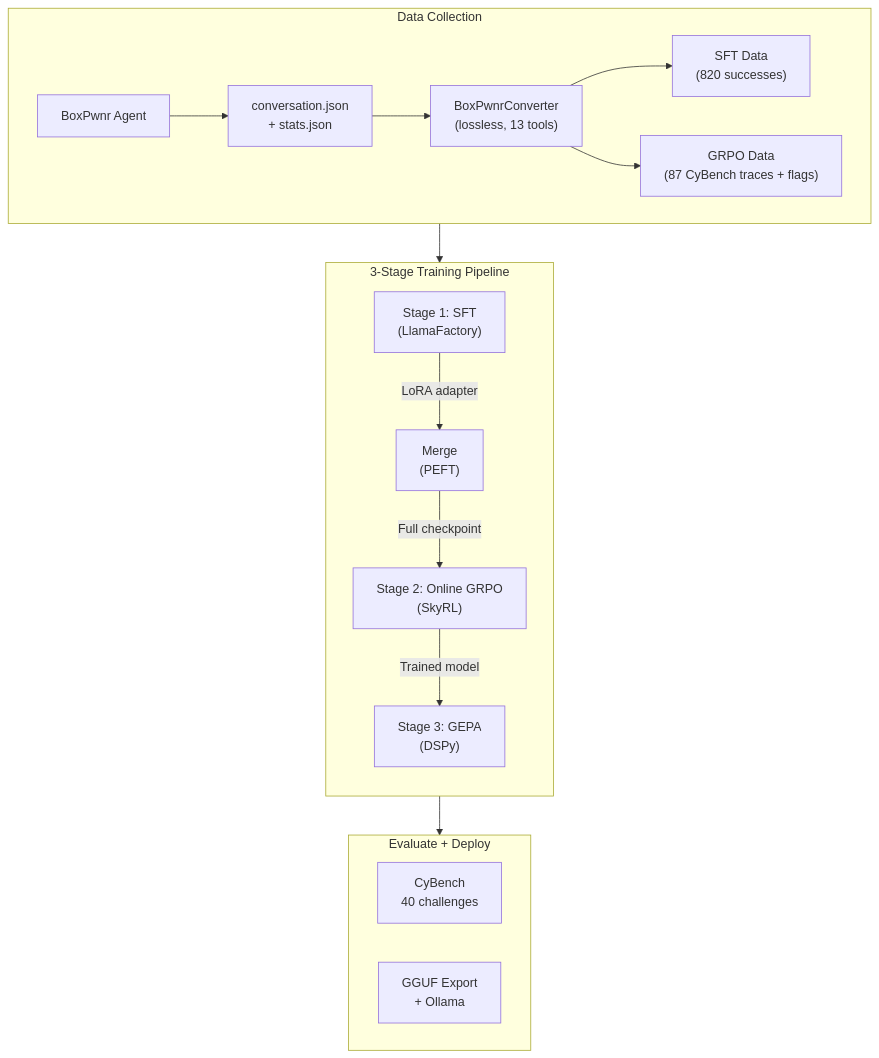
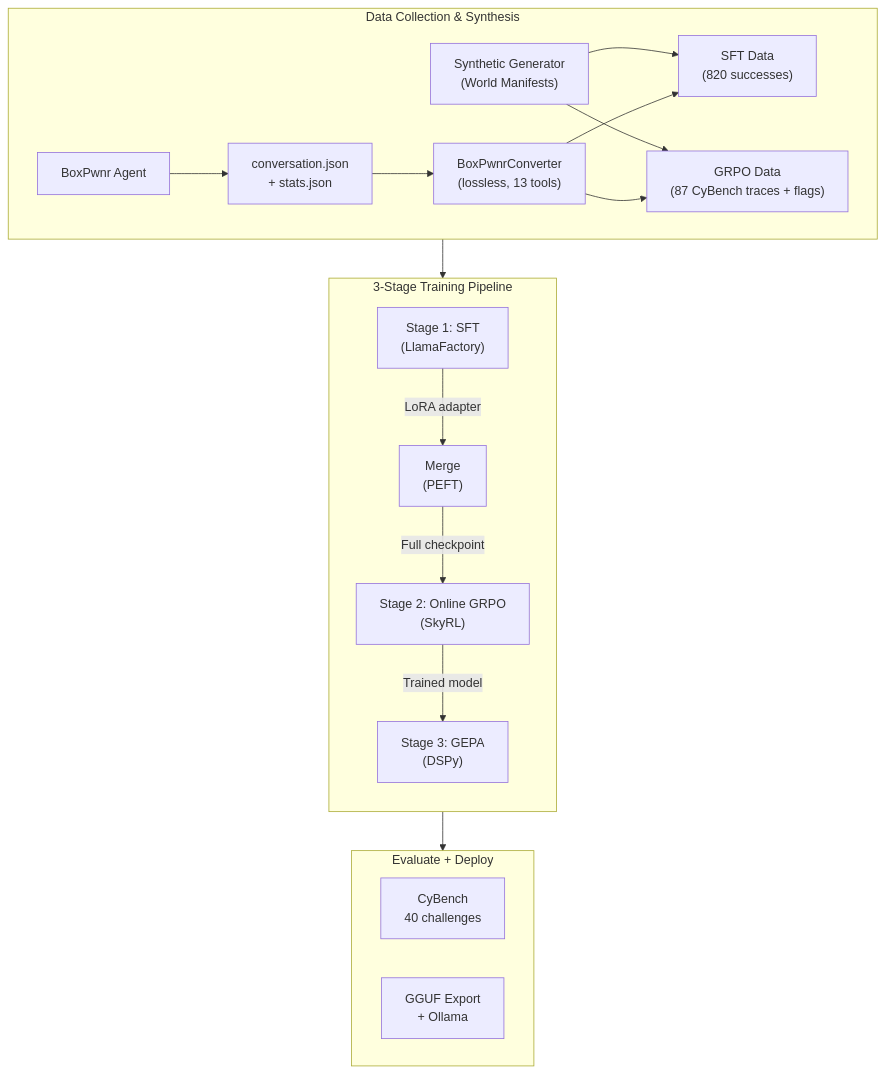
The first of 4 diagrams in docs/architecture.md (westonbrown/open-ctf-env), drawn with Mermaid before and after one commit. The commit also changed other lines of this file and 69 other files, not shown here.

````diff
--- a/docs/architecture.md
+++ b/docs/architecture.md
@@ -7,23 +7,25 @@
 ```mermaid
 flowchart TB
-    subgraph data["Data Collection"]
+    subgraph data["Data Collection & Synthesis"]
         boxpwnr["BoxPwnr Agent"] --> traces["conversation.json\n+ stats.json"]
         traces --> converter["BoxPwnrConverter\n(lossless, 13 tools)"]
+        synth["Synthetic Generator\n(World Manifests)"] --> sft_data
+        synth --> grpo_data
         converter --> sft_data["SFT Data\n(820 successes)"]
         converter --> grpo_data["GRPO Data\n(87 CyBench traces + flags)"]
     end
 
     subgraph pipeline["3-Stage Training Pipeline"]
         direction TB
         sft["Stage 1: SFT\n(LlamaFactory)"] -->|"LoRA adapter"| merge["Merge\n(PEFT)"]
         merge -->|"Full checkpoint"| grpo["Stage 2: Online GRPO\n(SkyRL)"]
         grpo -->|"Trained model"| gepa["Stage 3: GEPA\n(DSPy)"]
     end
 
     subgraph eval["Evaluate + Deploy"]
         bench["CyBench\n40 challenges"]
         gguf["GGUF Export\n+ Ollama"]
     end
 
     data --> pipeline --> eval
 ```
````
